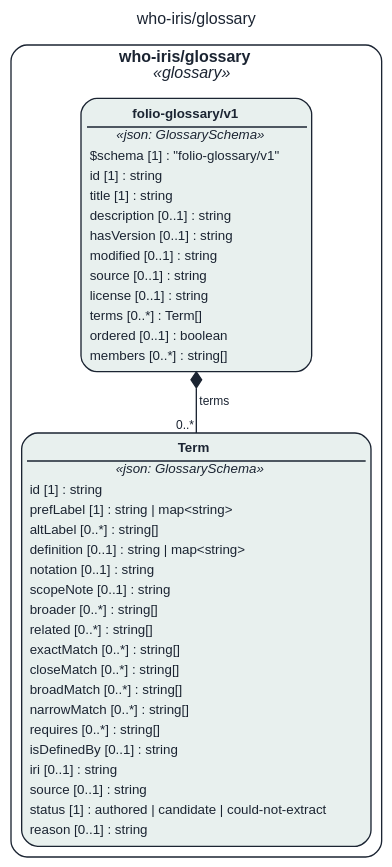
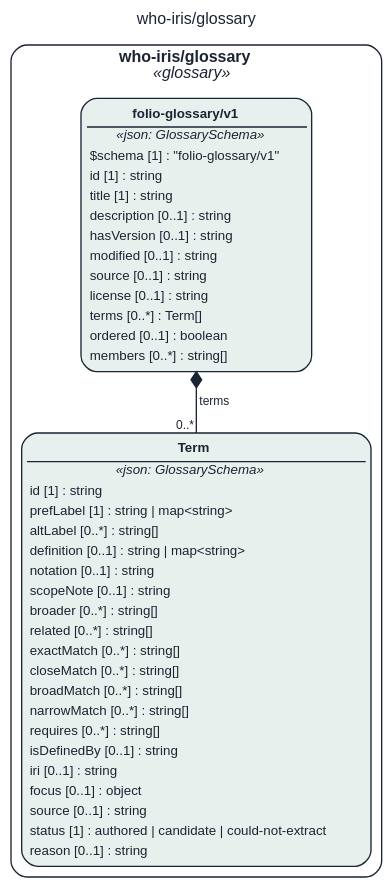
One commit to litlfred/folio-assistant changed the diagram in assets/img/uml/overview/who-iris/glossary.dot. Above: the diagram before and after it, drawn with Graphviz. The commit also changed 11092 other files, not shown here.

```diff
--- a/assets/img/uml/overview/who-iris/glossary.dot
+++ b/assets/img/uml/overview/who-iris/glossary.dot
@@ -1,13 +1,13 @@
 // GENERATED by cat-harness-tools/scripts/gen-uml-overview.ts — do not edit.
 // Rendered page (interactive view, same model): https://litlfred.github.io/folio-assistant/uml/overview/who-iris/glossary.html
 digraph "who_iris_glossary" {
   graph [label="who-iris/glossary", labelloc=t, fontname="Helvetica", fontsize=12, fontcolor="#1b2432", newrank=true, ratio=auto, nodesep=0.3, ranksep=0.5, bgcolor="transparent"];
   node [shape=box, style="rounded,filled", margin=0.05, fontname="Helvetica", fontsize=10, color="#1b2432", fontcolor="#1b2432"];
   edge [color="#1b2432", fontcolor="#1b2432", fontname="Helvetica", fontsize=9];
   subgraph "cluster_pkg_who_iris_glossary" {
     label=<<b>who-iris/glossary</b><br/><i>«glossary»</i>>; style="rounded"; color="#1b2432"; class="fa_uml_subgraph";
-    "who_iris_glossary_folio_glossary_v1_Term" [fillcolor="#e8f0ee", class="fa_uml_kind_glossary", label=<<table border="0" cellborder="0" cellspacing="0" cellpadding="2"><tr><td border="1" sides="b"><b>Term</b></td></tr><tr><td><i>«json: GlossarySchema»</i></td></tr><tr><td align="left">id [1] : string</td></tr><tr><td align="left">prefLabel [1] : string | map&lt;string&gt;</td></tr><tr><td align="left">altLabel [0..*] : string[]</td></tr><tr><td align="left">definition [0..1] : string | map&lt;string&gt;</td></tr><tr><td align="left">notation [0..1] : string</td></tr><tr><td align="left">scopeNote [0..1] : string</td></tr><tr><td align="left">broader [0..*] : string[]</td></tr><tr><td align="left">related [0..*] : string[]</td></tr><tr><td align="left">exactMatch [0..*] : string[]</td></tr><tr><td align="left">closeMatch [0..*] : string[]</td></tr><tr><td align="left">broadMatch [0..*] : string[]</td></tr><tr><td align="left">narrowMatch [0..*] : string[]</td></tr><tr><td align="left">requires [0..*] : string[]</td></tr><tr><td align="left">isDefinedBy [0..1] : string</td></tr><tr><td align="left">iri [0..1] : string</td></tr><tr><td align="left">source [0..1] : string</td></tr><tr><td align="left">status [1] : authored | candidate | could-not-extract</td></tr><tr><td align="left">reason [0..1] : string</td></tr></table>>];
+    "who_iris_glossary_folio_glossary_v1_Term" [fillcolor="#e8f0ee", class="fa_uml_kind_glossary", label=<<table border="0" cellborder="0" cellspacing="0" cellpadding="2"><tr><td border="1" sides="b"><b>Term</b></td></tr><tr><td><i>«json: GlossarySchema»</i></td></tr><tr><td align="left">id [1] : string</td></tr><tr><td align="left">prefLabel [1] : string | map&lt;string&gt;</td></tr><tr><td align="left">altLabel [0..*] : string[]</td></tr><tr><td align="left">definition [0..1] : string | map&lt;string&gt;</td></tr><tr><td align="left">notation [0..1] : string</td></tr><tr><td align="left">scopeNote [0..1] : string</td></tr><tr><td align="left">broader [0..*] : string[]</td></tr><tr><td align="left">related [0..*] : string[]</td></tr><tr><td align="left">exactMatch [0..*] : string[]</td></tr><tr><td align="left">closeMatch [0..*] : string[]</td></tr><tr><td align="left">broadMatch [0..*] : string[]</td></tr><tr><td align="left">narrowMatch [0..*] : string[]</td></tr><tr><td align="left">requires [0..*] : string[]</td></tr><tr><td align="left">isDefinedBy [0..1] : string</td></tr><tr><td align="left">iri [0..1] : string</td></tr><tr><td align="left">focus [0..1] : object</td></tr><tr><td align="left">source [0..1] : string</td></tr><tr><td align="left">status [1] : authored | candidate | could-not-extract</td></tr><tr><td align="left">reason [0..1] : string</td></tr></table>>];
     "who_iris_glossary_folio_glossary_v1_folio_glossary_v1" [fillcolor="#e8f0ee", class="fa_uml_kind_glossary", label=<<table border="0" cellborder="0" cellspacing="0" cellpadding="2"><tr><td border="1" sides="b"><b>folio-glossary/v1</b></td></tr><tr><td><i>«json: GlossarySchema»</i></td></tr><tr><td align="left">$schema [1] : &quot;folio-glossary/v1&quot;</td></tr><tr><td align="left">id [1] : string</td></tr><tr><td align="left">title [1] : string</td></tr><tr><td align="left">description [0..1] : string</td></tr><tr><td align="left">hasVersion [0..1] : string</td></tr><tr><td align="left">modified [0..1] : string</td></tr><tr><td align="left">source [0..1] : string</td></tr><tr><td align="left">license [0..1] : string</td></tr><tr><td align="left">terms [0..*] : Term[]</td></tr><tr><td align="left">ordered [0..1] : boolean</td></tr><tr><td align="left">members [0..*] : string[]</td></tr></table>>];
   }
   "who_iris_glossary_folio_glossary_v1_folio_glossary_v1" -> "who_iris_glossary_folio_glossary_v1_Term" [dir=both, arrowtail=diamond, arrowhead=none, label="terms", headlabel="0..*", class="fa_uml_composition"];
 }
```
